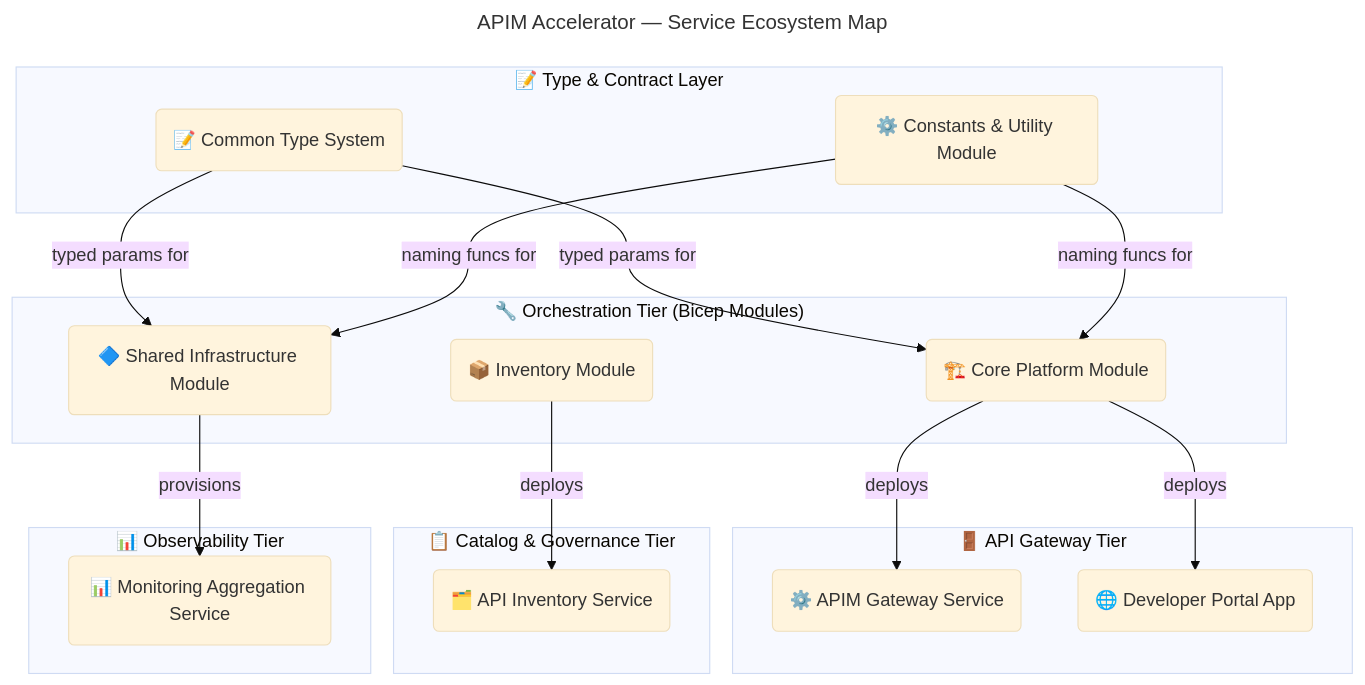
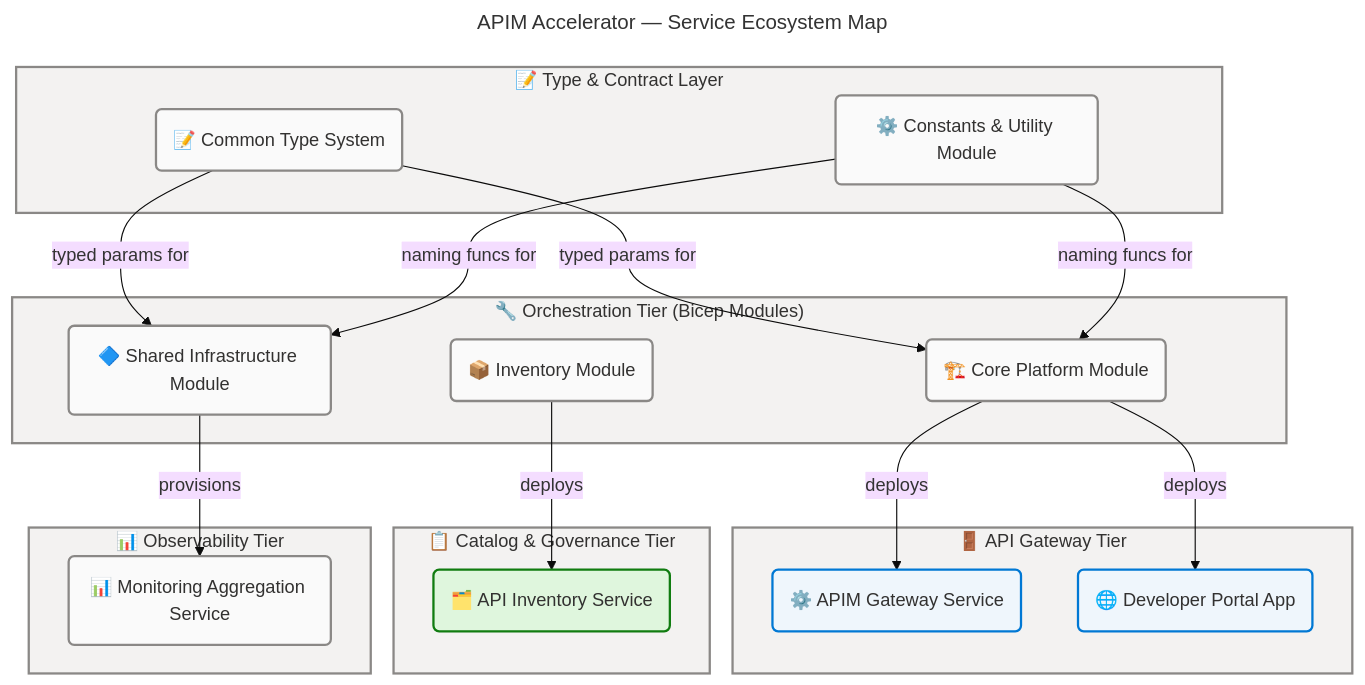
One commit to Evilazaro/APIM-Accelerator changed the second of 8 diagrams in docs/architecture/application-architecture.md. Above: the diagram before and after it, drawn with Mermaid. The commit also changed other lines of this file, not shown here.

Commit message:
style: enhance flowchart styles with additional class definitions for improved clarity and consistency in application architecture diagrams

````diff
--- a/docs/architecture/application-architecture.md
+++ b/docs/architecture/application-architecture.md
@@ -163,61 +173,73 @@
 ```mermaid
 ---
 title: "APIM Accelerator — Service Ecosystem Map"
 config:
   theme: base
   look: classic
   layout: dagre
   themeVariables:
     fontSize: '16px'
   flowchart:
     htmlLabels: true
 ---
 flowchart TB
     accTitle: APIM Accelerator Service Ecosystem Map
     accDescr: Grouped map of all application services and components by functional tier showing technology classification and layer assignments
 
     %% ═══════════════════════════════════════════════════════════════════════════
     %% AZURE / FLUENT ARCHITECTURE PATTERN v2.0
     %% (Semantic + Structural + Font + Accessibility Governance)
     %% ═══════════════════════════════════════════════════════════════════════════
     %% PHASE 1 - FLUENT UI: All styling uses approved Fluent UI palette only
     %% PHASE 2 - GROUPS: Every subgraph has semantic color via style directive
     %% PHASE 3 - COMPONENTS: Every node has semantic classDef + icon prefix
     %% PHASE 4 - ACCESSIBILITY: accTitle/accDescr present, WCAG AA contrast
     %% PHASE 5 - STANDARD: Governance block present, classDefs centralized
     %% ═══════════════════════════════════════════════════════════════════════════
 
     subgraph GATEWAY["🚪 API Gateway Tier"]
         S1("⚙️ APIM Gateway Service"):::core
         S2("🌐 Developer Portal App"):::core
     end
 
     subgraph CATALOG["📋 Catalog & Governance Tier"]
         S3("🗂️ API Inventory Service"):::success
     end
 
     subgraph OBS["📊 Observability Tier"]
         S4("📊 Monitoring Aggregation Service"):::neutral
     end
 
     subgraph ORCH["🔧 Orchestration Tier (Bicep Modules)"]
         C1("🏗️ Core Platform Module"):::neutral
         C2("🔷 Shared Infrastructure Module"):::neutral
         C3("📦 Inventory Module"):::neutral
     end
 
     subgraph CONTRACT["📝 Type & Contract Layer"]
         C4("📝 Common Type System"):::neutral
         C5("⚙️ Constants & Utility Module"):::neutral
     end
 
     C2 -->|"provisions"| S4
     C1 -->|"deploys"| S1
     C1 -->|"deploys"| S2
     C3 -->|"deploys"| S3
     C4 -->|"typed params for"| C1
     C4 -->|"typed params for"| C2
     C5 -->|"naming funcs for"| C1
     C5 -->|"naming funcs for"| C2
 
+    classDef neutral fill:#FAFAFA,stroke:#8A8886,stroke-width:2px,color:#323130
+    classDef core fill:#EFF6FC,stroke:#0078D4,stroke-width:2px,color:#323130
+    classDef success fill:#DFF6DD,stroke:#107C10,stroke-width:2px,color:#323130
+    classDef warning fill:#FFF4CE,stroke:#FFB900,stroke-width:2px,color:#323130
+    classDef danger fill:#FDE7E9,stroke:#D13438,stroke-width:2px,color:#323130
+
+    style GATEWAY fill:#F3F2F1,stroke:#8A8886,stroke-width:2px,color:#323130
+    style CATALOG fill:#F3F2F1,stroke:#8A8886,stroke-width:2px,color:#323130
+    style OBS fill:#F3F2F1,stroke:#8A8886,stroke-width:2px,color:#323130
+    style ORCH fill:#F3F2F1,stroke:#8A8886,stroke-width:2px,color:#323130
+    style CONTRACT fill:#F3F2F1,stroke:#8A8886,stroke-width:2px,color:#323130
+
 ```
````
